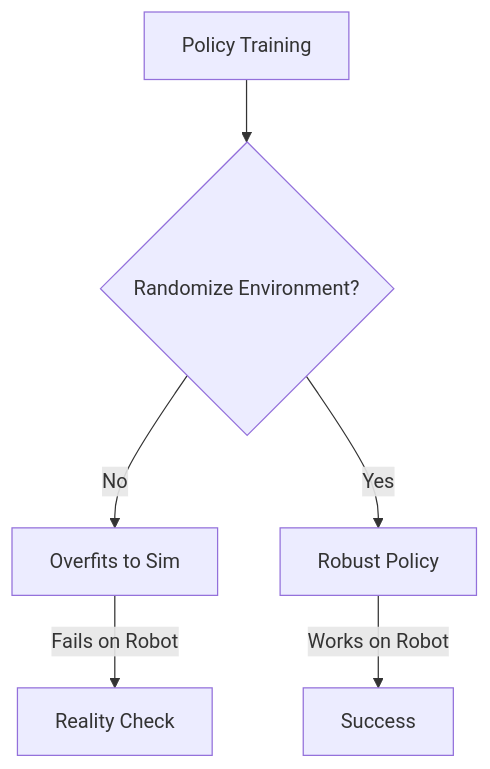
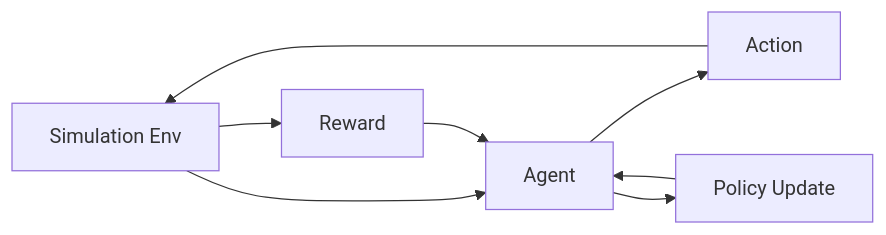
Before and after one commit to HassaanFisky/Physical-AI-Humanoid-Robots-Textbook: the second of 2 diagrams in book-site/docs/module-01-foundations/03-simulation-basics.md, drawn with Mermaid. The commit also changed other lines of this file and 47 other files, not shown here.

````diff
--- a/book-site/docs/module-01-foundations/03-simulation-basics.md
+++ b/book-site/docs/module-01-foundations/03-simulation-basics.md
@@ -36,8 +133,11 @@
 ```mermaid
-graph TD
-    A[Policy Training] --> B{Randomize Environment?}
-    B -->|No| C[Overfits to Sim]
-    B -->|Yes| D[Robust Policy]
-    C -->|Fails on Robot| E[Reality Check]
-    D -->|Works on Robot| F[Success]
+graph LR
+    A[Simulation Env] --> B[Agent]
+    B --> C[Action]
+    C --> A
+    A --> D[Reward]
+    D --> B
+
+    B --> E[Policy Update]
+    E --> B
 ```
````
